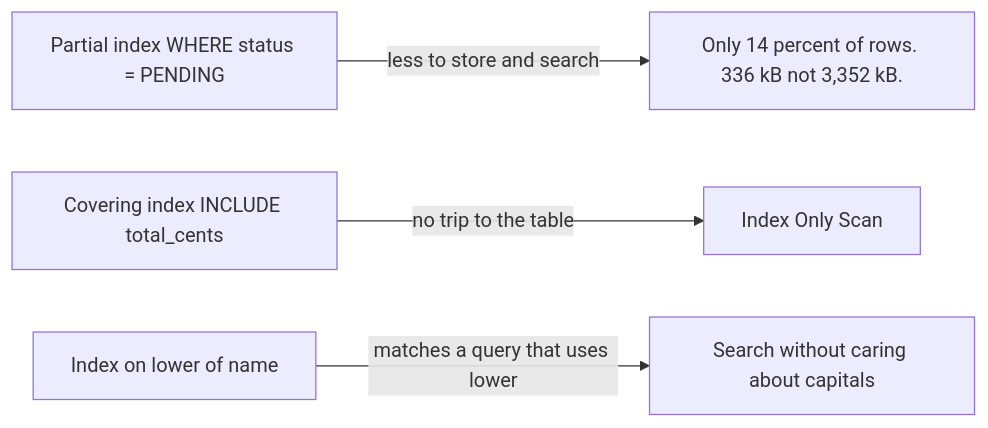
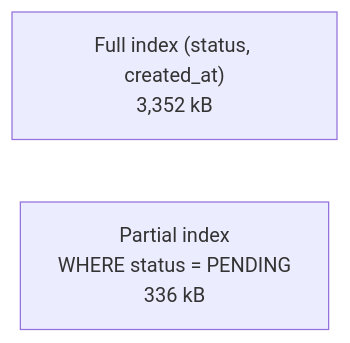
One commit to starjustice/research-material changed the second of 2 diagrams in learn/database/10-composite-partial-and-covering-indexes.md. Above: the diagram before and after it, drawn with Mermaid. The commit also changed other lines of this file, not shown here.

Commit message:
Reshape Database lesson 10 (Composite, partial and covering indexes) into short cards with guess bars and blue More detail bars

````diff
--- a/learn/database/10-composite-partial-and-covering-indexes.md
+++ b/learn/database/10-composite-partial-and-covering-indexes.md
@@ -140,6 +195,4 @@
 ```mermaid
-graph LR
-    P["Partial index WHERE status = PENDING"] -->|less to store and search| P1["Only 14 percent of rows. 336 kB not 3,352 kB."]
-    C["Covering index INCLUDE total_cents"] -->|no trip to the table| C1["Index Only Scan"]
-    E["Index on lower of name"] -->|matches a query that uses lower| E1["Search without caring about capitals"]
+graph TB
+    F["Full index (status, created_at)<br/>3,352 kB"] ~~~ P["Partial index<br/>WHERE status = PENDING<br/>336 kB"]
 ```
````
